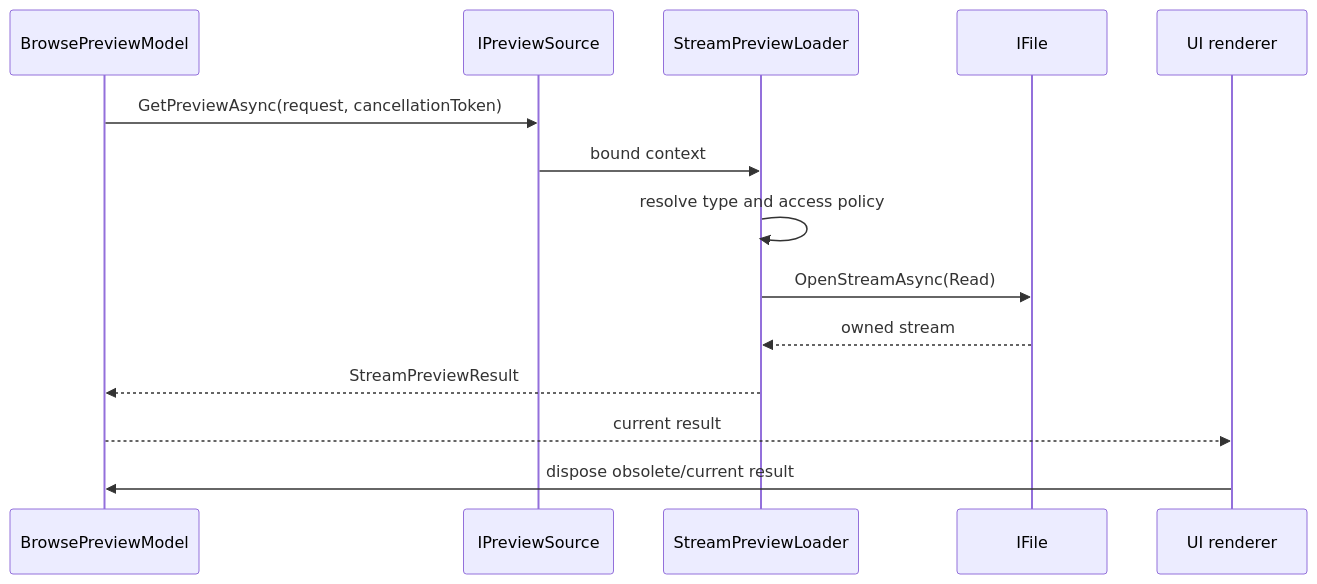
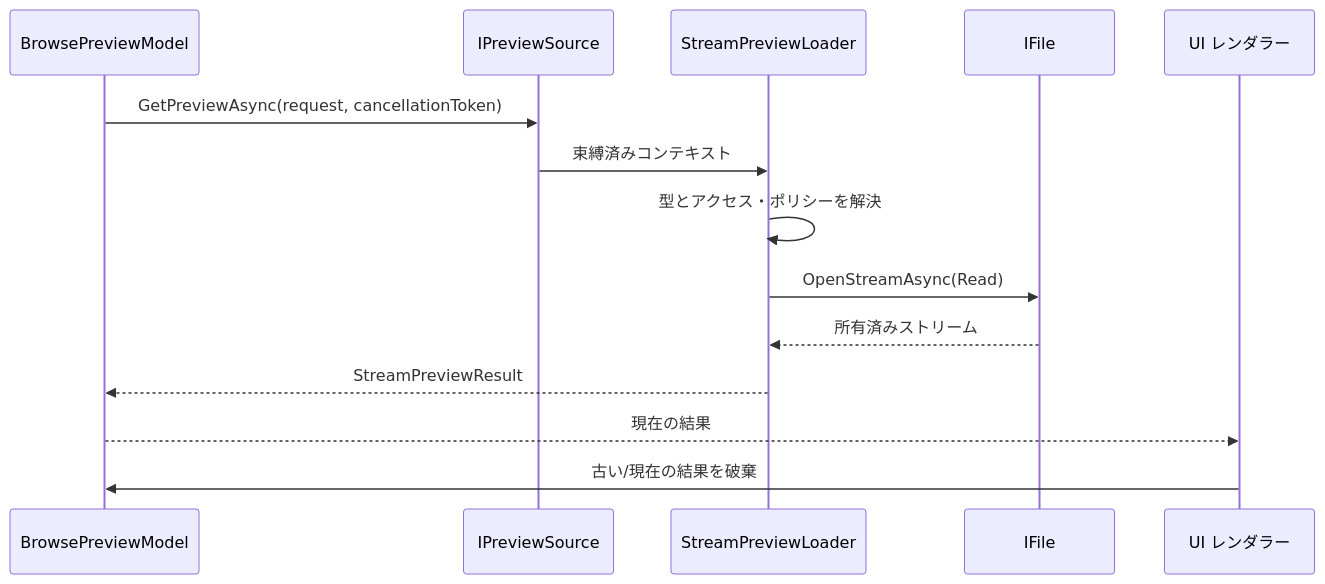
The third of 3 diagrams in docs/architecture/previews.md (0x5bfa/Files), drawn with Mermaid before and after one commit. The commit also changed other lines of this file and 18 other files, not shown here.

Commit message:
Translate architecture docs to Japanese

````diff
--- a/docs/architecture/previews.md
+++ b/docs/architecture/previews.md
@@ -93,17 +80,17 @@
 ```mermaid
 sequenceDiagram
     participant Browse as BrowsePreviewModel
     participant ItemSource as IPreviewSource
     participant Loader as StreamPreviewLoader
     participant File as IFile
-    participant UI as UI renderer
+    participant UI as UI レンダラー
 
     Browse->>ItemSource: GetPreviewAsync(request, cancellationToken)
-    ItemSource->>Loader: bound context
-    Loader->>Loader: resolve type and access policy
+    ItemSource->>Loader: 束縛済みコンテキスト
+    Loader->>Loader: 型とアクセス・ポリシーを解決
     Loader->>File: OpenStreamAsync(Read)
-    File-->>Loader: owned stream
+    File-->>Loader: 所有済みストリーム
     Loader-->>Browse: StreamPreviewResult
-    Browse-->>UI: current result
-    UI->>Browse: dispose obsolete/current result
+    Browse-->>UI: 現在の結果
+    UI->>Browse: 古い/現在の結果を破棄
 ```
````
